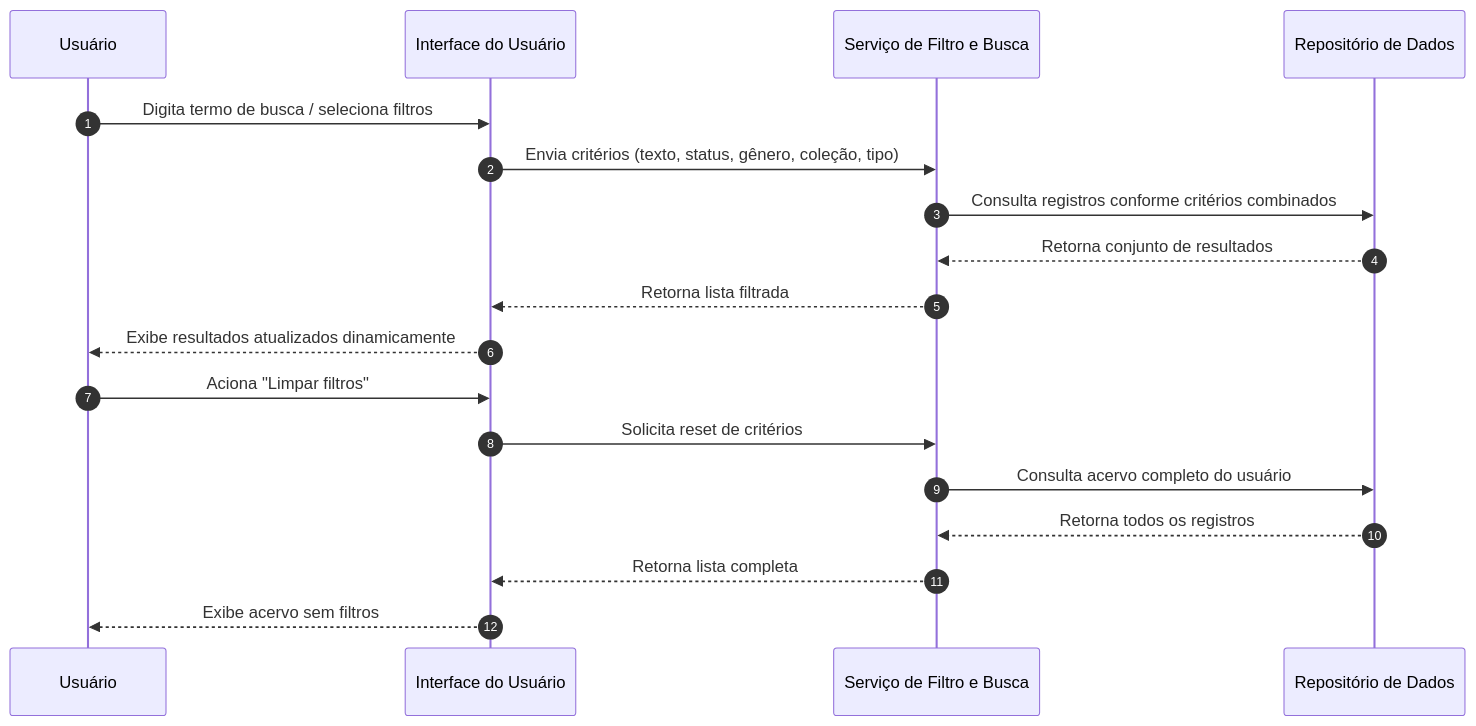
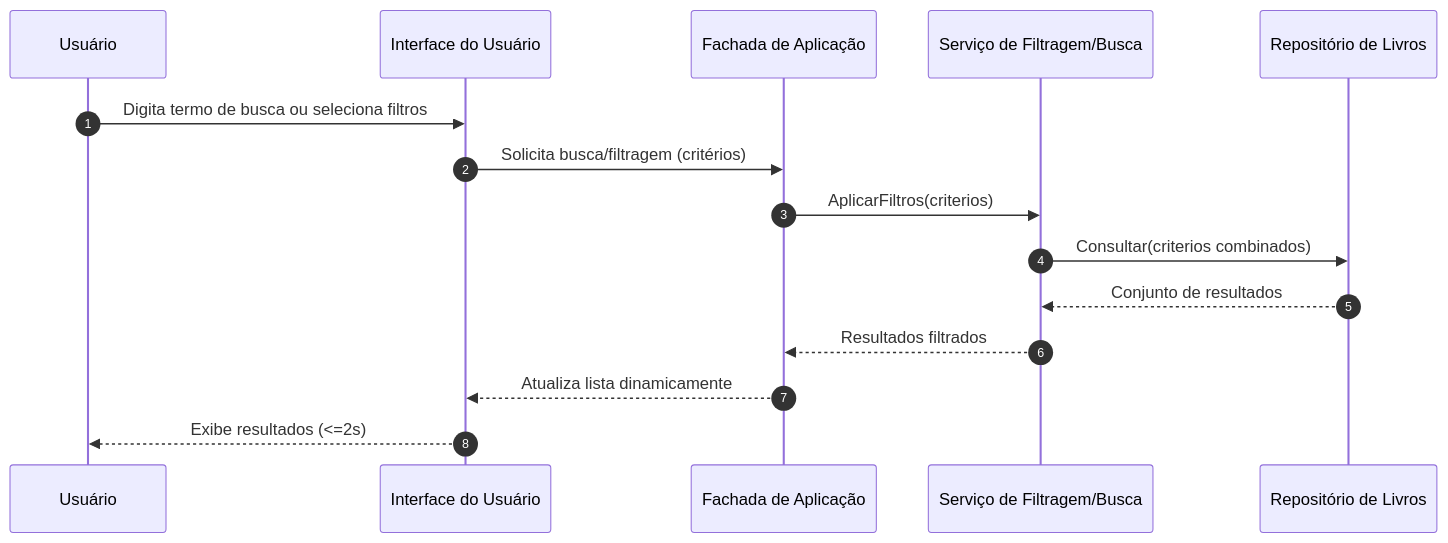
Before and after one commit to PDC-ESIA/AI4ES: the third of 3 diagrams in docs/Time_2_Design/analise-qualitativa/outputs/relatorio_claude_sonnet_5_P04.md, drawn with Mermaid. The commit also changed other lines of this file and 93 other files, not shown here.

````diff
--- a/docs/Time_2_Design/analise-qualitativa/outputs/relatorio_claude_sonnet_5_P04.md
+++ b/docs/Time_2_Design/analise-qualitativa/outputs/relatorio_claude_sonnet_5_P04.md
@@ -117,21 +110,18 @@
 ```mermaid
 sequenceDiagram
     autonumber
-    participant U as Usuário
+    participant Usuario as Usuário
     participant UI as Interface do Usuário
-    participant Filter as Serviço de Filtro e Busca
-    participant Repo as Repositório de Dados
+    participant API as Fachada de Aplicação
+    participant FILTRO as Serviço de Filtragem/Busca
+    participant REPO as Repositório de Livros
 
-    U->>UI: Digita termo de busca / seleciona filtros
-    UI->>Filter: Envia critérios (texto, status, gênero, coleção, tipo)
-    Filter->>Repo: Consulta registros conforme critérios combinados
-    Repo-->>Filter: Retorna conjunto de resultados
-    Filter-->>UI: Retorna lista filtrada
-    UI-->>U: Exibe resultados atualizados dinamicamente
-    U->>UI: Aciona "Limpar filtros"
-    UI->>Filter: Solicita reset de critérios
-    Filter->>Repo: Consulta acervo completo do usuário
-    Repo-->>Filter: Retorna todos os registros
-    Filter-->>UI: Retorna lista completa
-    UI-->>U: Exibe acervo sem filtros
+    Usuario->>UI: Digita termo de busca ou seleciona filtros
+    UI->>API: Solicita busca/filtragem (critérios)
+    API->>FILTRO: AplicarFiltros(criterios)
+    FILTRO->>REPO: Consultar(criterios combinados)
+    REPO-->>FILTRO: Conjunto de resultados
+    FILTRO-->>API: Resultados filtrados
+    API-->>UI: Atualiza lista dinamicamente
+    UI-->>Usuario: Exibe resultados (<=2s)
 ```
````
